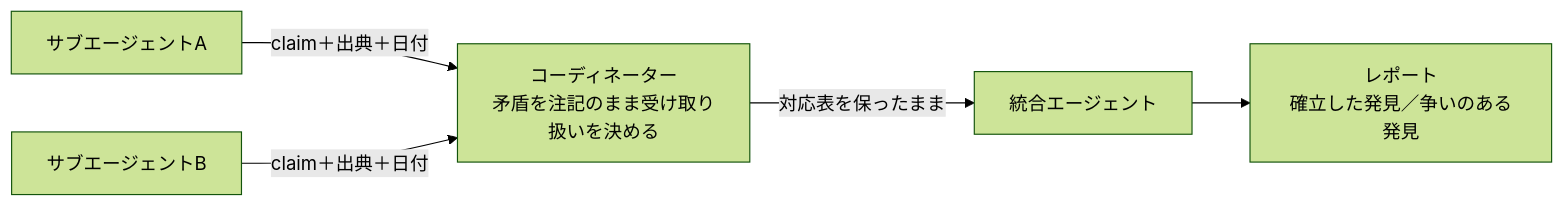
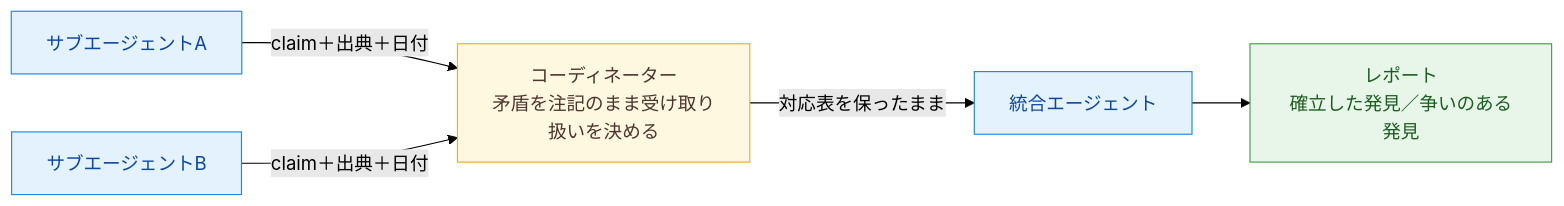
The diagram in ccaf/notes/05-context-reliability/information-provenance.md (yuya-take/yuya-exam-notes), drawn with Mermaid (forest theme) before and after one commit. The commit also changed other lines of this file and 50 other files, not shown here.

````diff
--- a/ccaf/notes/05-context-reliability/information-provenance.md
+++ b/ccaf/notes/05-context-reliability/information-provenance.md
@@ -11,7 +12,13 @@
 ```mermaid
 flowchart LR
   S1[サブエージェントA] -->|claim＋出典＋日付| C[コーディネーター<br>矛盾を注記のまま受け取り<br>扱いを決める]
   S2[サブエージェントB] -->|claim＋出典＋日付| C
   C -->|対応表を保ったまま| Y[統合エージェント]
   Y --> R[レポート<br>確立した発見／争いのある発見]
+  classDef run fill:#e3f2fd,stroke:#1e88e5,color:#0d47a1
+  classDef judge fill:#fff8e1,stroke:#f9a825,color:#4e342e
+  classDef done fill:#e8f5e9,stroke:#43a047,color:#1b5e20
+  class S1,S2,Y run
+  class C judge
+  class R done
 ```
````
